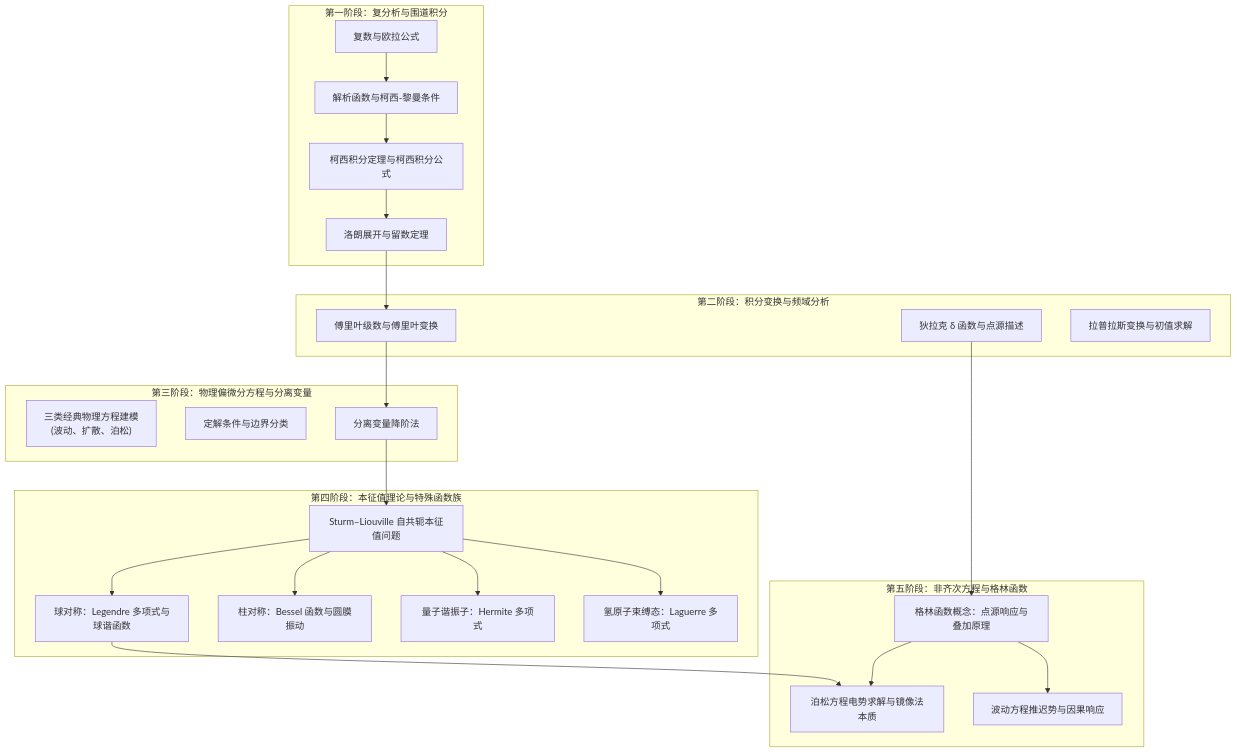
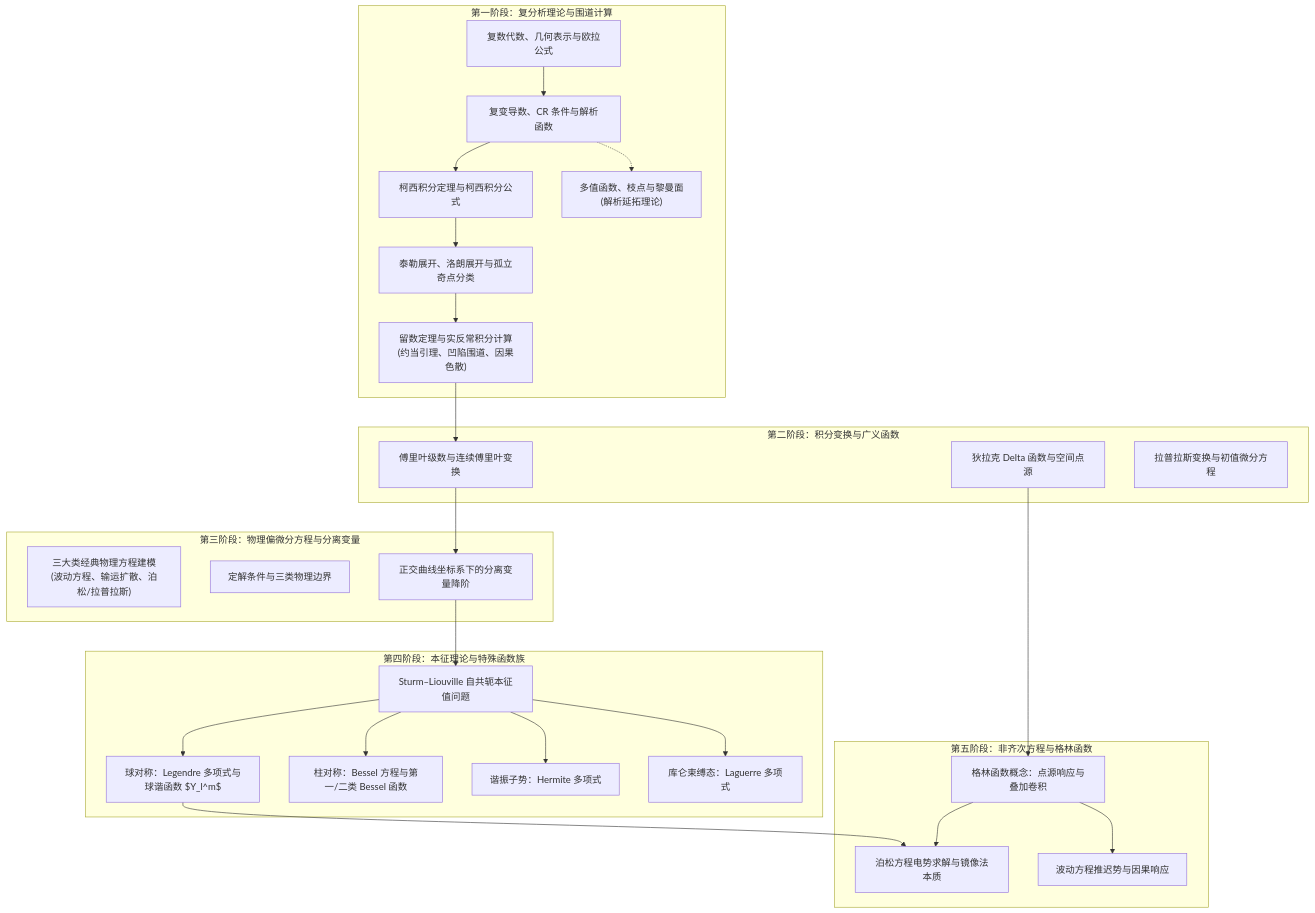
Before and after one commit to Physics-Learning-Wiki/Physics-Learning-Wiki: the diagram in docs/courses/mathematical-methods-for-physics.md, drawn with Mermaid. The commit also changed other lines of this file and 26 other files, not shown here.

````diff
--- a/docs/courses/mathematical-methods-for-physics.md
+++ b/docs/courses/mathematical-methods-for-physics.md
@@ -27,46 +51,49 @@
 ```mermaid
 flowchart TD
-    subgraph S1 ["第一阶段：复分析与围道积分"]
-        A1["复数与欧拉公式"] --> A2["解析函数与柯西-黎曼条件"]
+    subgraph Part1 ["第一阶段：复分析理论与围道计算"]
+        A1["复数代数、几何表示与欧拉公式"] --> A2["复变导数、CR 条件与解析函数"]
         A2 --> A3["柯西积分定理与柯西积分公式"]
-        A3 --> A4["洛朗展开与留数定理"]
+        A3 --> A4["泰勒展开、洛朗展开与孤立奇点分类"]
+        A4 --> A5["留数定理与实反常积分计算<br/>(约当引理、凹陷围道、因果色散)"]
+        
+        A2 -.-> A6["多值函数、枝点与黎曼面<br/>(解析延拓理论)"]
     end
     
-    subgraph S2 ["第二阶段：积分变换与频域分析"]
-        B1["狄拉克 δ 函数与点源描述"]
-        B2["傅里叶级数与傅里叶变换"]
-        B3["拉普拉斯变换与初值求解"]
+    subgraph Part2 ["第二阶段：积分变换与广义函数"]
+        B1["狄拉克 Delta 函数与空间点源"]
+        B2["傅里叶级数与连续傅里叶变换"]
+        B3["拉普拉斯变换与初值微分方程"]
     end
     
-    subgraph S3 ["第三阶段：物理偏微分方程与分离变量"]
-        C1["三类经典物理方程建模<br/>(波动、扩散、泊松)"]
-        C2["定解条件与边界分类"]
-        C3["分离变量降阶法"]
+    subgraph Part3 ["第三阶段：物理偏微分方程与分离变量"]
+        C1["三大类经典物理方程建模<br/>(波动方程、输运扩散、泊松/拉普拉斯)"]
+        C2["定解条件与三类物理边界"]
+        C3["正交曲线坐标系下的分离变量降阶"]
     end
     
-    subgraph S4 ["第四阶段：本征值理论与特殊函数族"]
+    subgraph Part4 ["第四阶段：本征理论与特殊函数族"]
         D1["Sturm–Liouville 自共轭本征值问题"]
-        D2["球对称：Legendre 多项式与球谐函数"]
-        D3["柱对称：Bessel 函数与圆膜振动"]
-        D4["量子谐振子：Hermite 多项式"]
-        D5["氢原子束缚态：Laguerre 多项式"]
+        D2["球对称：Legendre 多项式与球谐函数 $Y_l^m$"]
+        D3["柱对称：Bessel 方程与第一/二类 Bessel 函数"]
+        D4["谐振子势：Hermite 多项式"]
+        D5["库仑束缚态：Laguerre 多项式"]
     end
     
-    subgraph S5 ["第五阶段：非齐次方程与格林函数"]
-        E1["格林函数概念：点源响应与叠加原理"]
+    subgraph Part5 ["第五阶段：非齐次方程与格林函数"]
+        E1["格林函数概念：点源响应与叠加卷积"]
         E2["泊松方程电势求解与镜像法本质"]
         E3["波动方程推迟势与因果响应"]
     end
     
-    A4 --> B2
+    A5 --> B2
     B1 --> E1
     B2 --> C3
     C3 --> D1
     D1 --> D2
     D1 --> D3
     D1 --> D4
     D1 --> D5
     D2 --> E2
     E1 --> E2
     E1 --> E3
 ```
````
